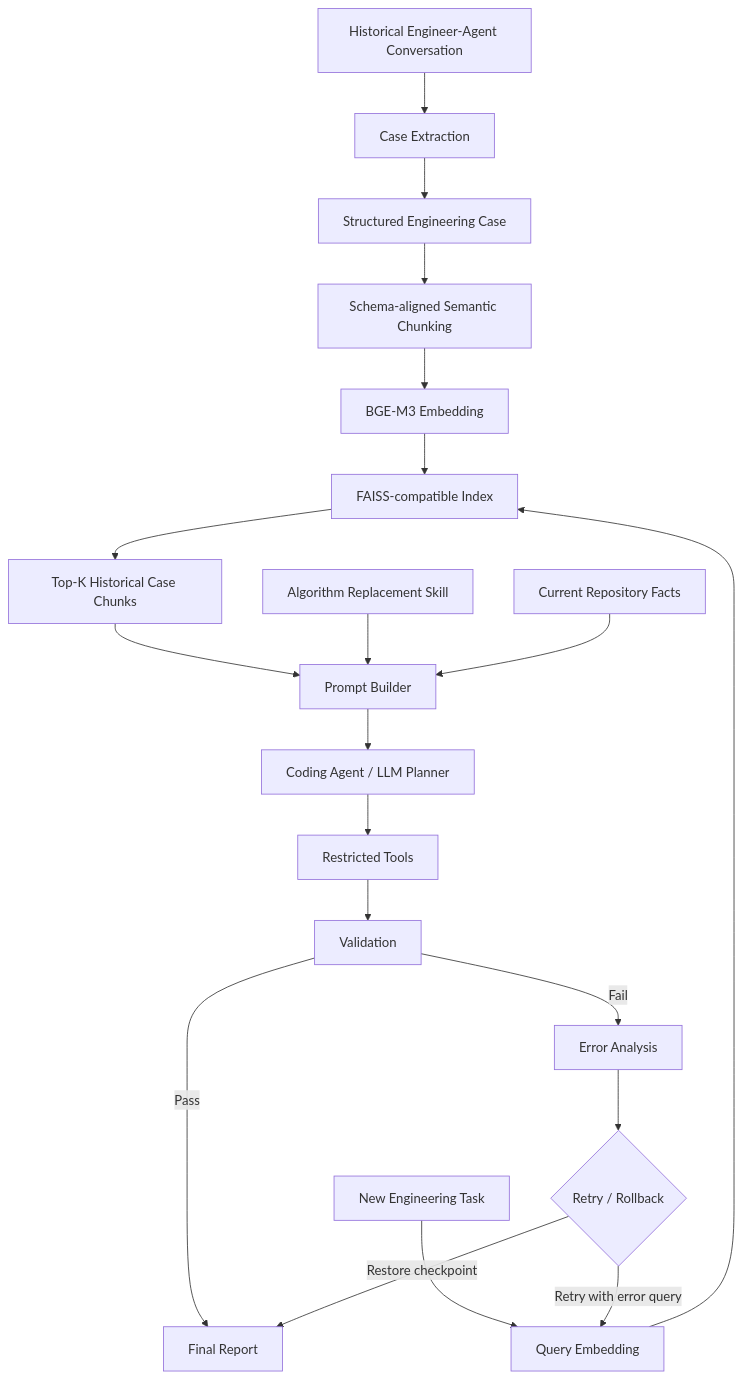
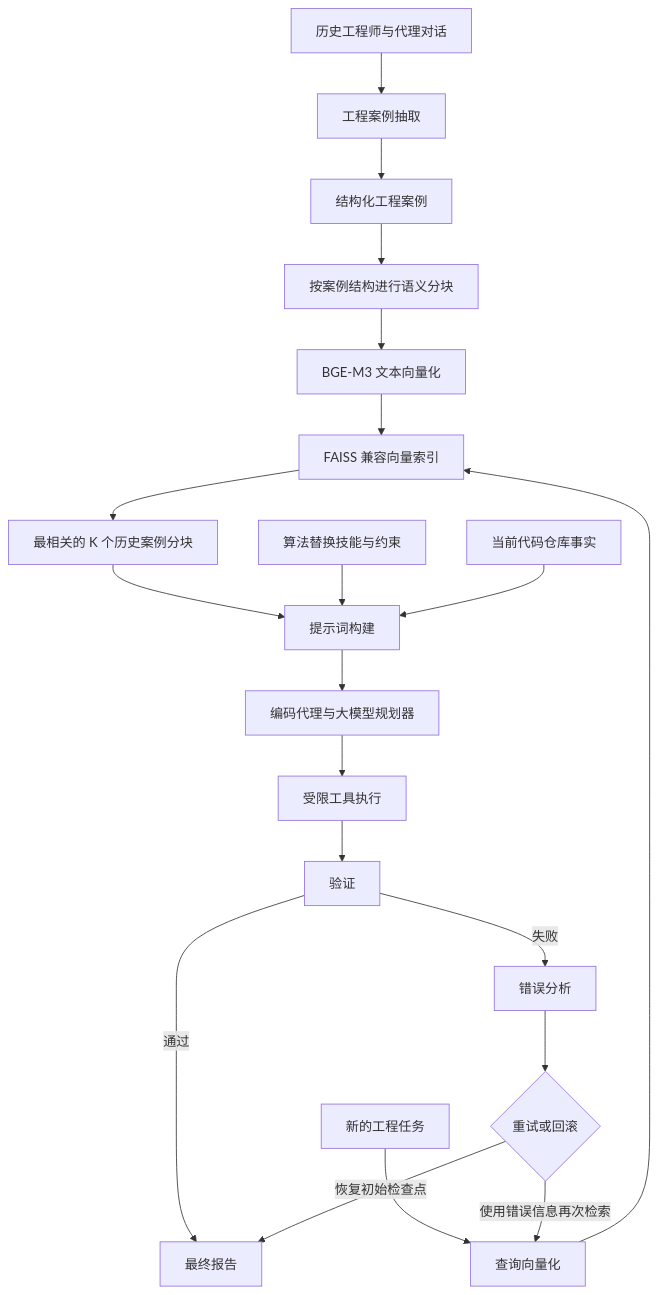
One commit to chaomacv/algorithm-upgrade-rag-agent-demo-zh changed the diagram in docs/demo_task.md. Above: the diagram before and after it, drawn with Mermaid.

Commit message:
将演示任务流程图改为中文

````diff
--- a/docs/demo_task.md
+++ b/docs/demo_task.md
@@ -7,22 +7,22 @@
 ```mermaid
 flowchart TD
-  A[Historical Engineer-Agent Conversation] --> B[Case Extraction]
-  B --> C[Structured Engineering Case]
-  C --> D[Schema-aligned Semantic Chunking]
-  D --> E[BGE-M3 Embedding]
-  E --> F[FAISS-compatible Index]
-  G[New Engineering Task] --> H[Query Embedding]
+  A[历史工程师与代理对话] --> B[工程案例抽取]
+  B --> C[结构化工程案例]
+  C --> D[按案例结构进行语义分块]
+  D --> E[BGE-M3 文本向量化]
+  E --> F[FAISS 兼容向量索引]
+  G[新的工程任务] --> H[查询向量化]
   H --> F
-  F --> I[Top-K Historical Case Chunks]
-  I --> J[Prompt Builder]
-  K[Algorithm Replacement Skill] --> J
-  L[Current Repository Facts] --> J
-  J --> M[Coding Agent / LLM Planner]
-  M --> N[Restricted Tools]
-  N --> O[Validation]
-  O -->|Pass| P[Final Report]
-  O -->|Fail| Q[Error Analysis]
-  Q --> R{Retry / Rollback}
-  R -->|Retry with error query| H
-  R -->|Restore checkpoint| P
+  F --> I[最相关的 K 个历史案例分块]
+  I --> J[提示词构建]
+  K[算法替换技能与约束] --> J
+  L[当前代码仓库事实] --> J
+  J --> M[编码代理与大模型规划器]
+  M --> N[受限工具执行]
+  N --> O[验证]
+  O -->|通过| P[最终报告]
+  O -->|失败| Q[错误分析]
+  Q --> R{重试或回滚}
+  R -->|使用错误信息再次检索| H
+  R -->|恢复初始检查点| P
 ```
````
